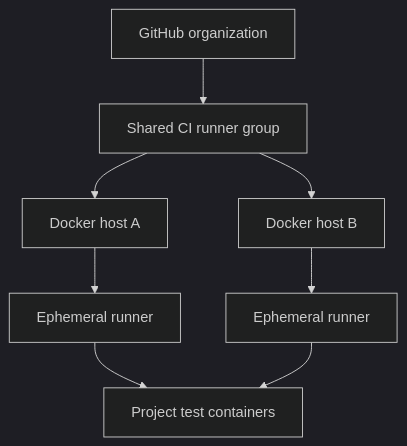
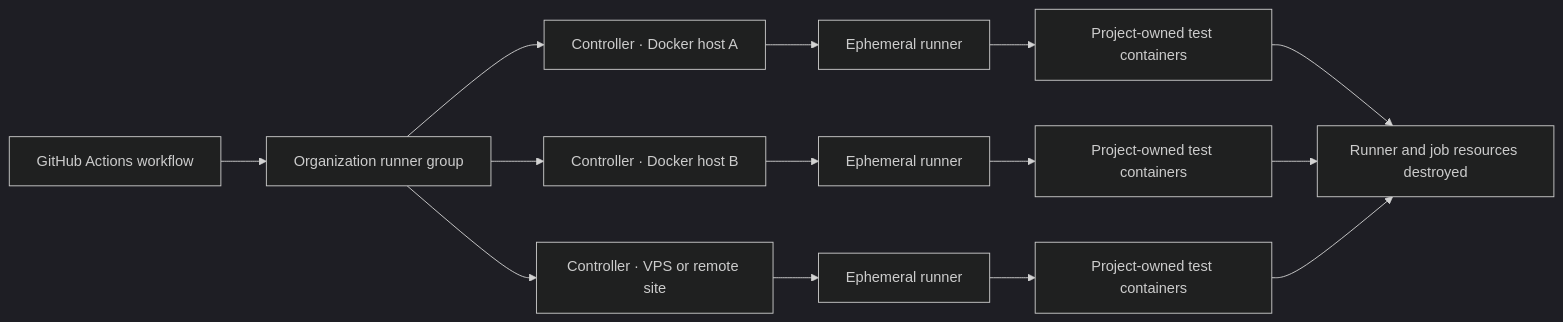
One commit to RandomDevelopment/ci-fleet changed the first of 2 diagrams in README.md. Above: the diagram before and after it, drawn with Mermaid (dark theme). The commit also changed other lines of this file and 5 other files, not shown here.

````diff
--- a/README.md
+++ b/README.md
@@ -13,10 +71,16 @@
 ```mermaid
-flowchart TD
-    A["GitHub organization"] --> B["Shared CI runner group"]
-    B --> C["Docker host A"]
-    B --> D["Docker host B"]
-    C --> E["Ephemeral runner"]
-    D --> F["Ephemeral runner"]
-    E --> G["Project test containers"]
-    F --> G
+flowchart LR
+    GH["GitHub Actions workflow"] --> RG["Organization runner group"]
+    RG --> CA["Controller · Docker host A"]
+    RG --> CB["Controller · Docker host B"]
+    RG --> CC["Controller · VPS or remote site"]
+    CA --> RA["Ephemeral runner"]
+    CB --> RB["Ephemeral runner"]
+    CC --> RC["Ephemeral runner"]
+    RA --> PA["Project-owned test containers"]
+    RB --> PB["Project-owned test containers"]
+    RC --> PC["Project-owned test containers"]
+    PA --> X["Runner and job resources destroyed"]
+    PB --> X
+    PC --> X
 ```
````
